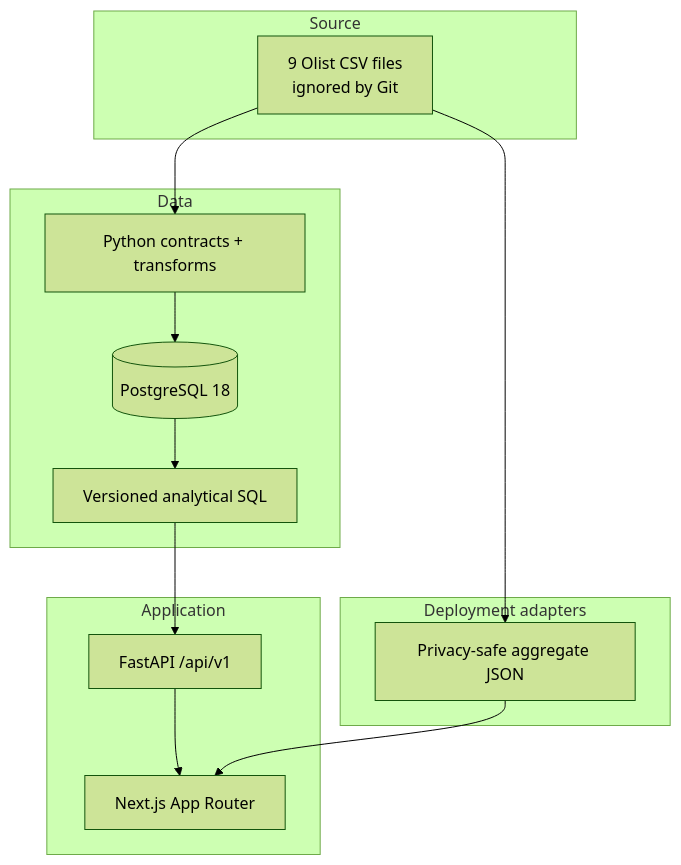
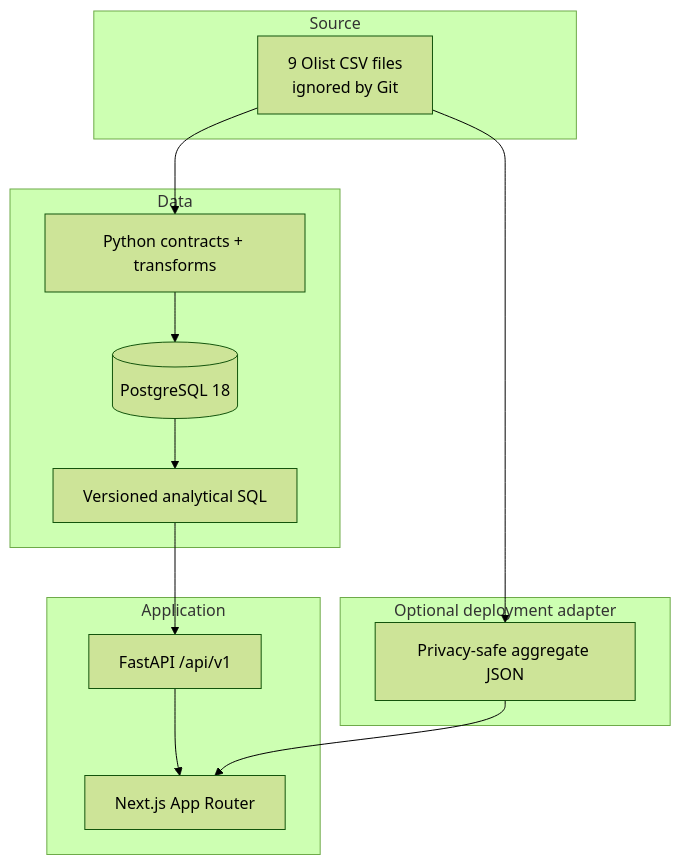
Before and after one commit to LuidiC/commerce-iq: the first of 2 diagrams in docs/architecture.md, drawn with Mermaid (forest theme). The commit also changed other lines of this file and 7 other files, not shown here.

Commit message:
docs: update production architecture and deployment

````diff
--- a/docs/architecture.md
+++ b/docs/architecture.md
@@ -7,20 +7,20 @@
 ```mermaid
 flowchart TB
     subgraph Source
       CSV["9 Olist CSV files\nignored by Git"]
     end
     subgraph Data
       ETL["Python contracts + transforms"]
       PG[("PostgreSQL 18")]
       SQL["Versioned analytical SQL"]
     end
     subgraph Application
       API["FastAPI /api/v1"]
       UI["Next.js App Router"]
     end
-    subgraph Deployment adapters
+    subgraph Optional deployment adapter
       SNAP["Privacy-safe aggregate JSON"]
     end
     CSV --> ETL --> PG --> SQL --> API --> UI
     CSV --> SNAP --> UI
 ```
````
